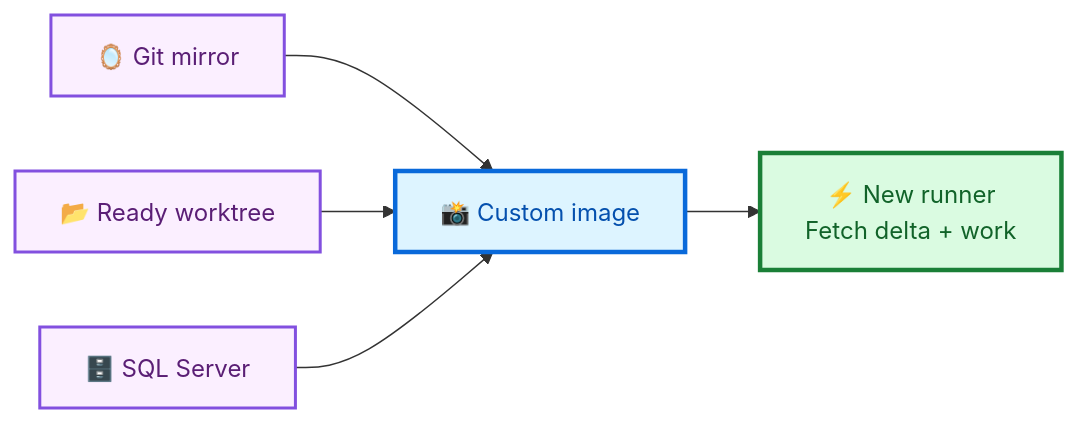
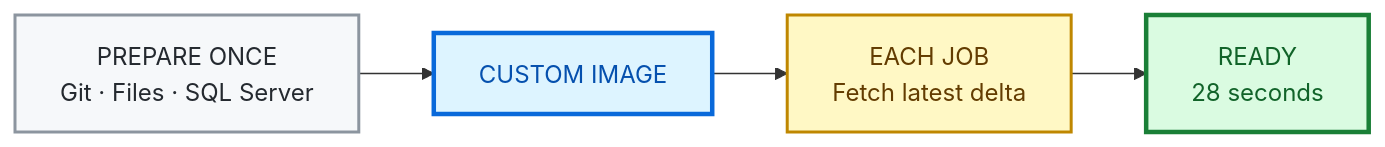
One commit to tsvi-solutions/custom_images_examples changed the first of 2 diagrams in README.md. Above: the diagram before and after it, drawn with Mermaid. The commit also changed other lines of this file, not shown here.

````diff
--- a/README.md
+++ b/README.md
@@ -66,20 +54,18 @@
 ```mermaid
 flowchart LR
-    Git["🪞 Git mirror"]
-    Tree["📂 Ready worktree"]
-    SQL["🗄️ SQL Server"]
-    Image["📸 Custom image"]
-    Job["⚡ New runner<br/>Fetch delta + work"]
+    Prepare["PREPARE ONCE<br/>Git · Files · SQL Server"]
+    Image["CUSTOM IMAGE"]
+    Update["EACH JOB<br/>Fetch latest delta"]
+    Ready["READY<br/>28 seconds"]
 
-    Git --> Image
-    Tree --> Image
-    SQL --> Image
-    Image --> Job
+    Prepare --> Image --> Update --> Ready
 
-    classDef asset fill:#fbefff,color:#5a1e75,stroke:#8250df,stroke-width:2px
+    classDef source fill:#f6f8fa,color:#24292f,stroke:#8c959f,stroke-width:2px
     classDef image fill:#ddf4ff,color:#0550ae,stroke:#0969da,stroke-width:3px
+    classDef action fill:#fff8c5,color:#633c01,stroke:#bf8700,stroke-width:2px
     classDef ready fill:#dafbe1,color:#116329,stroke:#1a7f37,stroke-width:3px
-    class Git,Tree,SQL asset
+    class Prepare source
     class Image image
-    class Job ready
+    class Update action
+    class Ready ready
 ```
````
